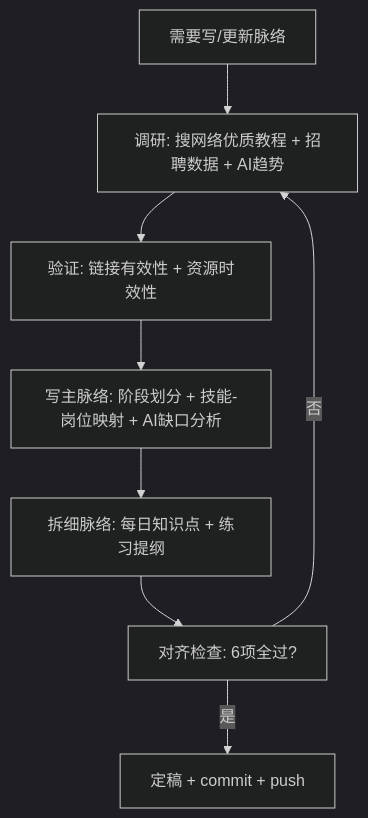
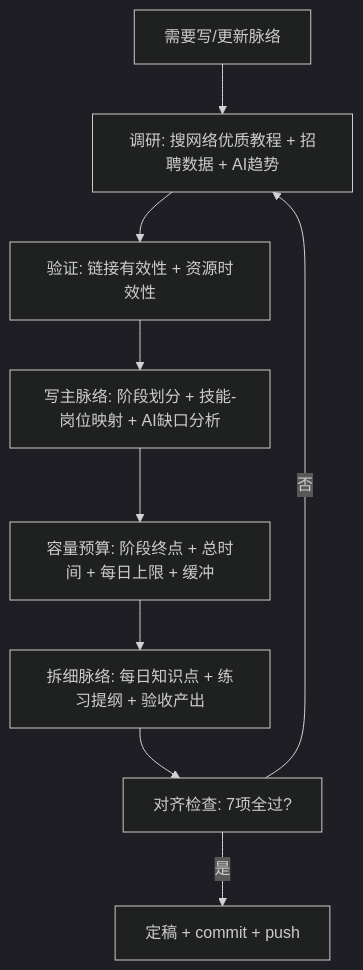
One commit to radiumno/study_plan changed the diagram in docs/workflows/写脉络流程.md. Above: the diagram before and after it, drawn with Mermaid (dark theme). The commit also changed other lines of this file and 107 other files, not shown here.

````diff
--- a/docs/workflows/写脉络流程.md
+++ b/docs/workflows/写脉络流程.md
@@ -10,10 +10,11 @@
 ```mermaid
 flowchart TD
     A[需要写/更新脉络] --> B[调研: 搜网络优质教程 + 招聘数据 + AI趋势]
     B --> C[验证: 链接有效性 + 资源时效性]
     C --> D[写主脉络: 阶段划分 + 技能-岗位映射 + AI缺口分析]
-    D --> E[拆细脉络: 每日知识点 + 练习提纲]
-    E --> F[对齐检查: 6项全过?]
-    F -->|否| B
-    F -->|是| G[定稿 + commit + push]
+    D --> E[容量预算: 阶段终点 + 总时间 + 每日上限 + 缓冲]
+    E --> F[拆细脉络: 每日知识点 + 练习提纲 + 验收产出]
+    F --> G[对齐检查: 7项全过?]
+    G -->|否| B
+    G -->|是| H[定稿 + commit + push]
 ```
````
